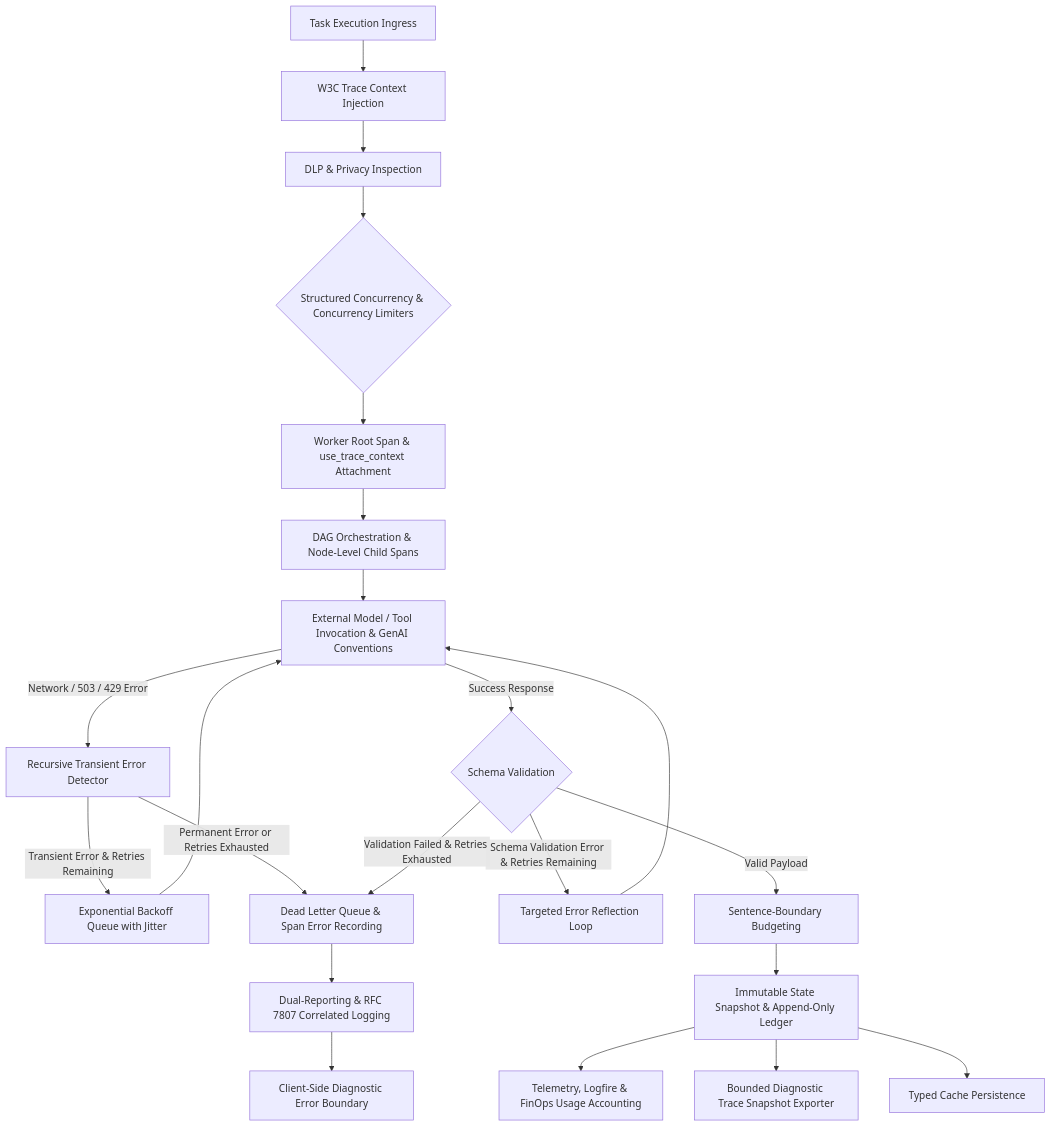
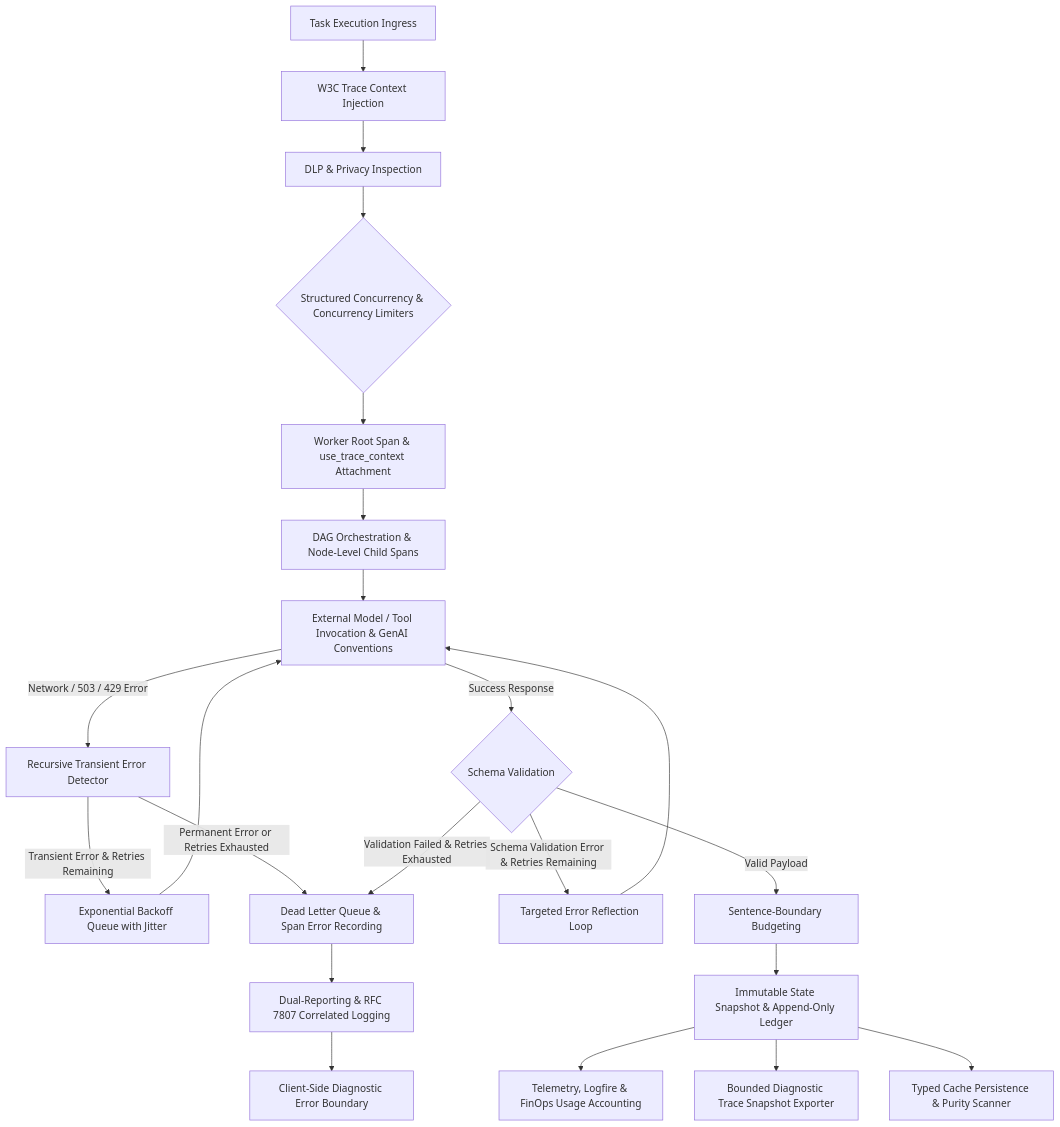
Before and after one commit to launis/quorum: the diagram in docs/architecture/05_resilience_and_observability.md, drawn with Mermaid. The commit also changed other lines of this file and 6 other files, not shown here.

````diff
--- a/docs/architecture/05_resilience_and_observability.md
+++ b/docs/architecture/05_resilience_and_observability.md
@@ -101,28 +103,28 @@
 ```mermaid
 flowchart TD
     A[Task Execution Ingress] --> B[W3C Trace Context Injection]
     B --> C[DLP & Privacy Inspection]
     C --> D{Structured Concurrency & Concurrency Limiters}
     D --> E[Worker Root Span & use_trace_context Attachment]
     E --> F[DAG Orchestration & Node-Level Child Spans]
     F --> G[External Model / Tool Invocation & GenAI Conventions]
     
     G -- Network / 503 / 429 Error --> H[Recursive Transient Error Detector]
     H -- Transient Error & Retries Remaining --> I[Exponential Backoff Queue with Jitter]
     I --> G
     H -- Permanent Error or Retries Exhausted --> J[Dead Letter Queue & Span Error Recording]
     
     G -- Success Response --> K{Schema Validation}
     K -- Schema Validation Error & Retries Remaining --> L[Targeted Error Reflection Loop]
     L --> G
     K -- Validation Failed & Retries Exhausted --> J
     
     K -- Valid Payload --> M[Sentence-Boundary Budgeting]
     M --> N[Immutable State Snapshot & Append-Only Ledger]
     N --> O[Telemetry, Logfire & FinOps Usage Accounting]
     N --> P[Bounded Diagnostic Trace Snapshot Exporter]
-    N --> Q[Typed Cache Persistence]
+    N --> Q[Typed Cache Persistence & Purity Scanner]
     
     J --> R[Dual-Reporting & RFC 7807 Correlated Logging]
     R --> S[Client-Side Diagnostic Error Boundary]
 ```
````
